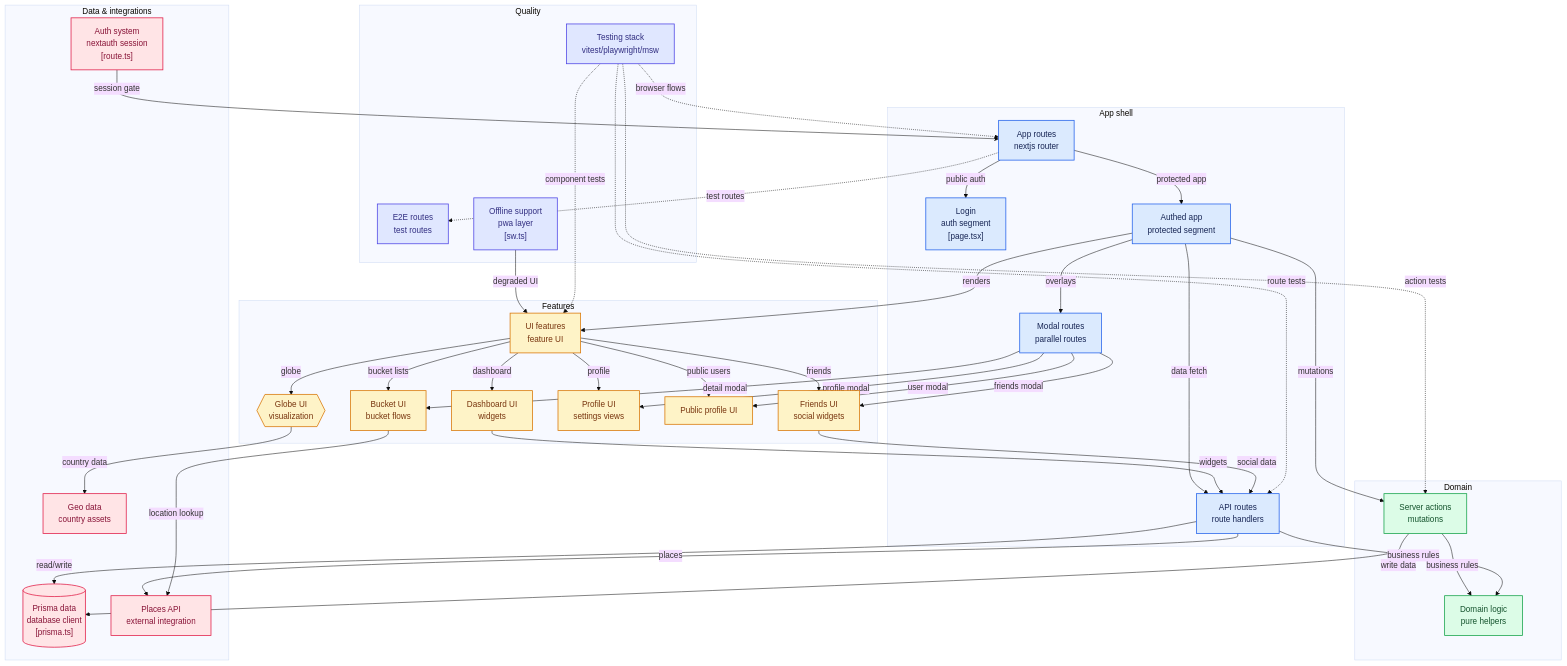
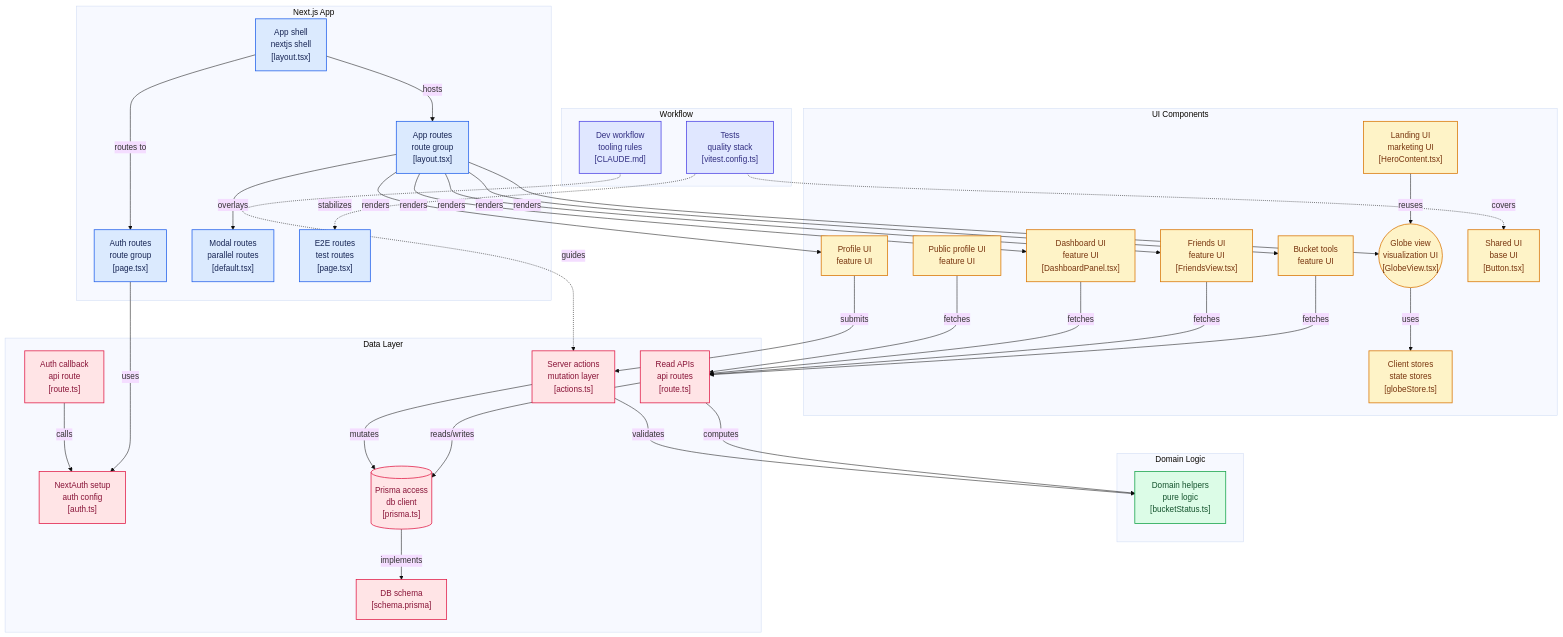
One commit to coral0723/LogLife changed the third of 4 diagrams in README.md. Above: the diagram before and after it, drawn with Mermaid (base theme).

Commit message:
docs: 코드 레이어 구조 다이어그램 수정

````diff
--- a/README.md
+++ b/README.md
@@ -333,105 +333,104 @@
 ```mermaid
 flowchart TD
 
-subgraph group_grp_app["App shell"]
-  node_n_app_shell["App routes<br/>nextjs router"]
-  node_n_auth_area["Login<br/>auth segment<br/>[page.tsx]"]
-  node_n_after_login["Authed app<br/>protected segment"]
-  node_n_modal_overlay["Modal routes<br/>parallel routes"]
-  node_n_api_routes["API routes<br/>route handlers"]
+subgraph group_app["Next.js App"]
+  node_src_app_root["App shell<br/>nextjs shell<br/>[layout.tsx]"]
+  node_src_app_auth["Auth routes<br/>route group<br/>[page.tsx]"]
+  node_src_app_afterlogin["App routes<br/>route group<br/>[layout.tsx]"]
+  node_src_app_modal["Modal routes<br/>parallel routes<br/>[default.tsx]"]
+  node_src_app_e2e["E2E routes<br/>test routes<br/>[page.tsx]"]
 end
 
-subgraph group_grp_features["Features"]
-  node_n_features["UI features<br/>feature UI"]
-  node_n_dashboard_ui["Dashboard UI<br/>widgets"]
-  node_n_bucket_ui["Bucket UI<br/>bucket flows"]
-  node_n_friends_ui["Friends UI<br/>social widgets"]
-  node_n_profile_ui["Profile UI<br/>settings views"]
-  node_n_user_ui["Public profile UI"]
-  node_n_globe_ui{{"Globe UI<br/>visualization"}}
+subgraph group_ui["UI Components"]
+  node_src_store["Client stores<br/>state stores<br/>[globeStore.ts]"]
+  node_src_components_globe(("Globe view<br/>visualization UI<br/>[GlobeView.tsx]"))
+  node_src_components_bucket["Bucket tools<br/>feature UI"]
+  node_src_components_friends["Friends UI<br/>feature UI<br/>[FriendsView.tsx]"]
+  node_src_components_dashboard["Dashboard UI<br/>feature UI<br/>[DashboardPanel.tsx]"]
+  node_src_components_profile["Profile UI<br/>feature UI"]
+  node_src_components_user["Public profile UI<br/>feature UI"]
+  node_src_components_landing["Landing UI<br/>marketing UI<br/>[HeroContent.tsx]"]
+  node_src_components_shared["Shared UI<br/>base UI<br/>[Button.tsx]"]
 end
 
-subgraph group_grp_domain["Domain"]
-  node_n_actions["Server actions<br/>mutations"]
-  node_n_domain_logic["Domain logic<br/>pure helpers"]
+subgraph group_logic["Domain Logic"]
+  node_src_lib_domain["Domain helpers<br/>pure logic<br/>[bucketStatus.ts]"]
 end
 
-subgraph group_grp_data["Data & integrations"]
-  node_n_prisma[("Prisma data<br/>database client<br/>[prisma.ts]")]
-  node_n_auth_system["Auth system<br/>nextauth session<br/>[route.ts]"]
-  node_n_places_api["Places API<br/>external integration"]
-  node_n_geo_data["Geo data<br/>country assets"]
+subgraph group_data["Data Layer"]
+  node_src_app_api_auth["Auth callback<br/>api route<br/>[route.ts]"]
+  node_src_app_api_data["Read APIs<br/>api routes<br/>[route.ts]"]
+  node_src_actions["Server actions<br/>mutation layer<br/>[actions.ts]"]
+  node_src_auth["NextAuth setup<br/>auth config<br/>[auth.ts]"]
+  node_src_lib_prisma[("Prisma access<br/>db client<br/>[prisma.ts]")]
+  node_prisma_schema["DB schema<br/>[schema.prisma]"]
 end
 
-subgraph group_grp_quality["Quality"]
-  node_n_e2e_routes["E2E routes<br/>test routes"]
-  node_n_offline_support["Offline support<br/>pwa layer<br/>[sw.ts]"]
-  node_n_test_system["Testing stack<br/>vitest/playwright/msw"]
+subgraph group_workflow["Workflow"]
+  node_tests_workflow["Tests<br/>quality stack<br/>[vitest.config.ts]"]
+  node_ops_workflow["Dev workflow<br/>tooling rules<br/>[CLAUDE.md]"]
 end
 
-node_n_app_shell -->|"public auth"| node_n_auth_area
-node_n_app_shell -->|"protected app"| node_n_after_login
-node_n_app_shell -.->|"test routes"| node_n_e2e_routes
-node_n_after_login -->|"overlays"| node_n_modal_overlay
-node_n_after_login -->|"renders"| node_n_features
-node_n_modal_overlay -->|"detail modal"| node_n_bucket_ui
-node_n_modal_overlay -->|"friends modal"| node_n_friends_ui
-node_n_modal_overlay -->|"profile modal"| node_n_profile_ui
-node_n_modal_overlay -->|"user modal"| node_n_user_ui
-node_n_after_login -->|"mutations"| node_n_actions
-node_n_after_login -->|"data fetch"| node_n_api_routes
-node_n_actions -->|"business rules"| node_n_domain_logic
-node_n_api_routes -->|"business rules"| node_n_domain_logic
-node_n_actions -->|"write data"| node_n_prisma
-node_n_api_routes -->|"read/write"| node_n_prisma
-node_n_api_routes -->|"places"| node_n_places_api
-node_n_features -->|"dashboard"| node_n_dashboard_ui
-node_n_features -->|"bucket lists"| node_n_bucket_ui
-node_n_features -->|"friends"| node_n_friends_ui
-node_n_features -->|"profile"| node_n_profile_ui
-node_n_features -->|"public users"| node_n_user_ui
-node_n_features -->|"globe"| node_n_globe_ui
-node_n_dashboard_ui -->|"widgets"| node_n_api_routes
-node_n_friends_ui -->|"social data"| node_n_api_routes
-node_n_bucket_ui -->|"location lookup"| node_n_places_api
-node_n_globe_ui -->|"country data"| node_n_geo_data
-node_n_auth_system -->|"session gate"| node_n_app_shell
-node_n_offline_support -->|"degraded UI"| node_n_features
-node_n_test_system -.->|"component tests"| node_n_features
-node_n_test_system -.->|"route tests"| node_n_api_routes
-node_n_test_system -.->|"action tests"| node_n_actions
-node_n_test_system -.->|"browser flows"| node_n_app_shell
+node_src_app_root -->|"routes to"| node_src_app_auth
+node_src_app_root -->|"hosts"| node_src_app_afterlogin
+node_src_app_afterlogin -->|"overlays"| node_src_app_modal
+node_src_app_afterlogin -->|"renders"| node_src_components_globe
+node_src_app_afterlogin -->|"renders"| node_src_components_dashboard
+node_src_app_afterlogin -->|"renders"| node_src_components_friends
+node_src_app_afterlogin -->|"renders"| node_src_components_profile
+node_src_app_afterlogin -->|"renders"| node_src_components_bucket
+node_src_app_auth -->|"uses"| node_src_auth
+node_src_app_api_auth -->|"calls"| node_src_auth
+node_src_app_api_data -->|"reads/writes"| node_src_lib_prisma
+node_src_actions -->|"mutates"| node_src_lib_prisma
+node_src_lib_prisma -->|"implements"| node_prisma_schema
+node_src_app_api_data -->|"computes"| node_src_lib_domain
+node_src_actions -->|"validates"| node_src_lib_domain
+node_src_components_globe -->|"uses"| node_src_store
+node_src_components_bucket -->|"fetches"| node_src_app_api_data
+node_src_components_friends -->|"fetches"| node_src_app_api_data
+node_src_components_dashboard -->|"fetches"| node_src_app_api_data
+node_src_components_profile -->|"submits"| node_src_actions
+node_src_components_user -->|"fetches"| node_src_app_api_data
+node_src_components_landing -->|"reuses"| node_src_components_globe
+node_tests_workflow -.->|"covers"| node_src_components_shared
+node_tests_workflow -.->|"stabilizes"| node_src_app_e2e
+node_ops_workflow -.->|"guides"| node_src_actions
 
-click node_n_app_shell "https://github.com/coral0723/loglife/tree/main/src/app"
-click node_n_auth_area "https://github.com/coral0723/loglife/blob/main/src/app/(auth)/login/page.tsx"
-click node_n_after_login "https://github.com/coral0723/loglife/tree/main/src/app/(afterLogin)"
-click node_n_modal_overlay "https://github.com/coral0723/loglife/tree/main/src/app/(afterLogin)/@modal"
-click node_n_e2e_routes "https://github.com/coral0723/loglife/tree/main/src/app/(e2e)"
-click node_n_api_routes "https://github.com/coral0723/loglife/tree/main/src/app/api"
-click node_n_actions "https://github.com/coral0723/loglife/tree/main/src/actions"
-click node_n_features "https://github.com/coral0723/loglife/tree/main/src/components"
-click node_n_dashboard_ui "https://github.com/coral0723/loglife/tree/main/src/components/dashboard"
-click node_n_bucket_ui "https://github.com/coral0723/loglife/tree/main/src/components/bucket"
-click node_n_friends_ui "https://github.com/coral0723/loglife/tree/main/src/components/friends"
-click node_n_profile_ui "https://github.com/coral0723/loglife/tree/main/src/components/profile"
-click node_n_user_ui "https://github.com/coral0723/loglife/tree/main/src/components/user"
-click node_n_globe_ui "https://github.com/coral0723/loglife/tree/main/src/components/globe"
-click node_n_domain_logic "https://github.com/coral0723/loglife/tree/main/src/lib"
-click node_n_prisma "https://github.com/coral0723/loglife/blob/main/src/lib/prisma.ts"
-click node_n_auth_system "https://github.com/coral0723/loglife/blob/main/src/app/api/auth/[...nextauth]/route.ts"
-click node_n_places_api "https://github.com/coral0723/loglife/tree/main/src/app/api/places"
-click node_n_geo_data "https://github.com/coral0723/loglife/blob/main/src/lib/countryCentroids.ts"
-click node_n_offline_support "https://github.com/coral0723/loglife/blob/main/src/app/sw.ts"
-click node_n_test_system "https://github.com/coral0723/loglife/tree/main/tests/e2e"
+click node_src_app_root "https://github.com/coral0723/loglife/blob/main/src/app/layout.tsx"
+click node_src_app_auth "https://github.com/coral0723/loglife/blob/main/src/app/(auth)/login/page.tsx"
+click node_src_app_afterlogin "https://github.com/coral0723/loglife/blob/main/src/app/(afterLogin)/layout.tsx"
+click node_src_app_modal "https://github.com/coral0723/loglife/blob/main/src/app/(afterLogin)/@modal/default.tsx"
+click node_src_app_e2e "https://github.com/coral0723/loglife/blob/main/src/app/(e2e)/e2e-login/page.tsx"
+click node_src_app_api_auth "https://github.com/coral0723/loglife/blob/main/src/app/api/auth/[...nextauth]/route.ts"
+click node_src_app_api_data "https://github.com/coral0723/loglife/blob/main/src/app/api/bucketlists/[id]/route.ts"
+click node_src_actions "https://github.com/coral0723/loglife/blob/main/src/actions/user/actions.ts"
+click node_src_auth "https://github.com/coral0723/loglife/blob/main/src/auth.ts"
+click node_src_lib_prisma "https://github.com/coral0723/loglife/blob/main/src/lib/prisma.ts"
+click node_prisma_schema "https://github.com/coral0723/loglife/blob/main/prisma/schema.prisma"
+click node_src_lib_domain "https://github.com/coral0723/loglife/blob/main/src/lib/bucketList/bucketStatus.ts"
+click node_src_store "https://github.com/coral0723/loglife/blob/main/src/store/globeStore.ts"
+click node_src_components_globe "https://github.com/coral0723/loglife/blob/main/src/components/globe/GlobeView.tsx"
+click node_src_components_bucket "https://github.com/coral0723/loglife/blob/main/src/components/bucket/BucketDetailView.tsx"
+click node_src_components_friends "https://github.com/coral0723/loglife/blob/main/src/components/friends/FriendsView.tsx"
+click node_src_components_dashboard "https://github.com/coral0723/loglife/blob/main/src/components/dashboard/DashboardPanel.tsx"
+click node_src_components_profile "https://github.com/coral0723/loglife/blob/main/src/components/profile/ProfileSettingsView.tsx"
+click node_src_components_user "https://github.com/coral0723/loglife/blob/main/src/components/user/PublicProfileView.tsx"
+click node_src_components_landing "https://github.com/coral0723/loglife/blob/main/src/components/landing/HeroContent.tsx"
+click node_src_components_shared "https://github.com/coral0723/loglife/blob/main/src/components/ui/Button.tsx"
+click node_tests_workflow "https://github.com/coral0723/loglife/blob/main/vitest.config.ts"
+click node_ops_workflow "https://github.com/coral0723/loglife/blob/main/CLAUDE.md"
 
+classDef toneNeutral fill:#f8fafc,stroke:#334155,stroke-width:1.5px,color:#0f172a
 classDef toneBlue fill:#dbeafe,stroke:#2563eb,stroke-width:1.5px,color:#172554
 classDef toneAmber fill:#fef3c7,stroke:#d97706,stroke-width:1.5px,color:#78350f
 classDef toneMint fill:#dcfce7,stroke:#16a34a,stroke-width:1.5px,color:#14532d
 classDef toneRose fill:#ffe4e6,stroke:#e11d48,stroke-width:1.5px,color:#881337
 classDef toneIndigo fill:#e0e7ff,stroke:#4f46e5,stroke-width:1.5px,color:#312e81
-class node_n_app_shell,node_n_auth_area,node_n_after_login,node_n_modal_overlay,node_n_api_routes toneBlue
-class node_n_features,node_n_dashboard_ui,node_n_bucket_ui,node_n_friends_ui,node_n_profile_ui,node_n_user_ui,node_n_globe_ui toneAmber
-class node_n_actions,node_n_domain_logic toneMint
-class node_n_prisma,node_n_auth_system,node_n_places_api,node_n_geo_data toneRose
-class node_n_e2e_routes,node_n_offline_support,node_n_test_system toneIndigo
+classDef toneTeal fill:#ccfbf1,stroke:#0f766e,stroke-width:1.5px,color:#134e4a
+class node_src_app_root,node_src_app_auth,node_src_app_afterlogin,node_src_app_modal,node_src_app_e2e toneBlue
+class node_src_store,node_src_components_globe,node_src_components_bucket,node_src_components_friends,node_src_components_dashboard,node_src_components_profile,node_src_components_user,node_src_components_landing,node_src_components_shared toneAmber
+class node_src_lib_domain toneMint
+class node_src_app_api_auth,node_src_app_api_data,node_src_actions,node_src_auth,node_src_lib_prisma,node_prisma_schema toneRose
+class node_tests_workflow,node_ops_workflow toneIndigo
 ```
````
